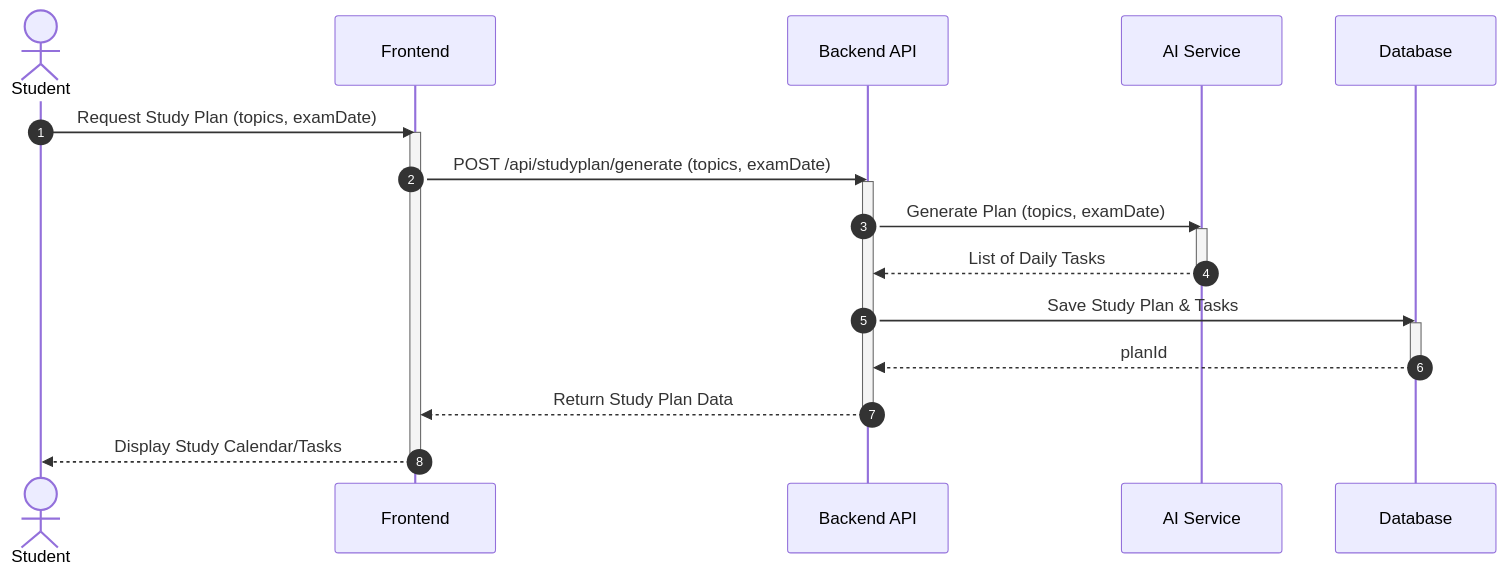
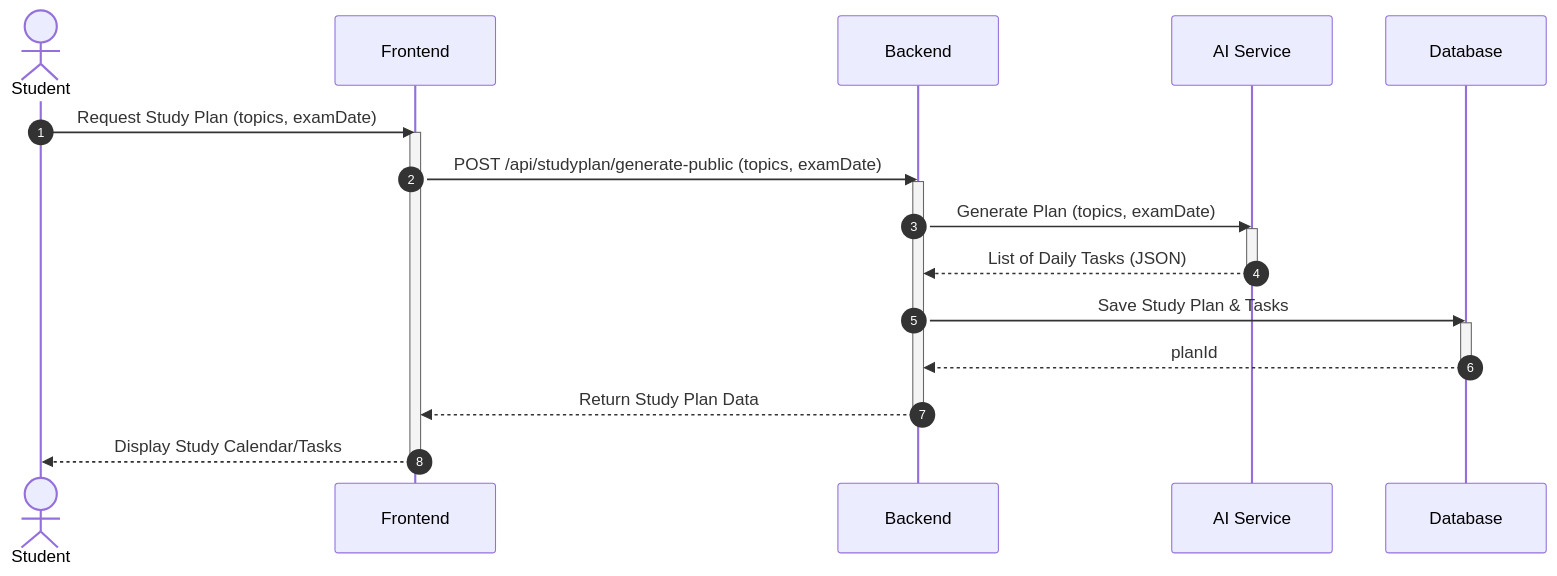
Before and after one commit to Sahil5H4RD4/ai-study-companion: the third of 4 diagrams in sequenceDiagram.md, drawn with Mermaid. The commit also changed other lines of this file and 33 other files, not shown here.

````diff
--- a/sequenceDiagram.md
+++ b/sequenceDiagram.md
@@ -99,29 +81,29 @@
 ```mermaid
 sequenceDiagram
     autonumber
     actor S as Student
     participant FE as Frontend
-    participant API as Backend API
+    participant API as Backend
     participant AI as AI Service
     participant DB as Database
 
     S->>FE: Request Study Plan (topics, examDate)
     activate FE
-    FE->>API: POST /api/studyplan/generate (topics, examDate)
+    FE->>API: POST /api/studyplan/generate-public (topics, examDate)
     activate API
 
     API->>AI: Generate Plan (topics, examDate)
     activate AI
-    AI-->>API: List of Daily Tasks
+    AI-->>API: List of Daily Tasks (JSON)
     deactivate AI
 
     API->>DB: Save Study Plan & Tasks
     activate DB
     DB-->>API: planId
     deactivate DB
 
     API-->>FE: Return Study Plan Data
     deactivate API
     FE-->>S: Display Study Calendar/Tasks
     deactivate FE
 ```
````
